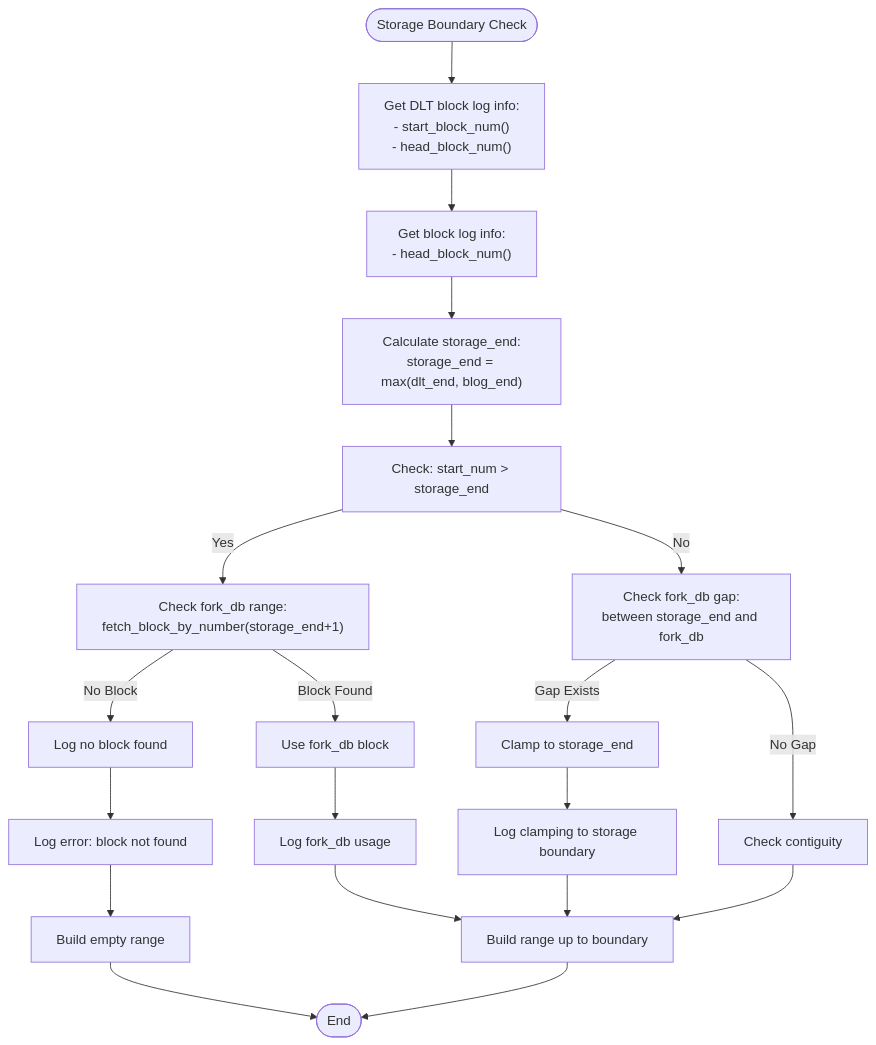
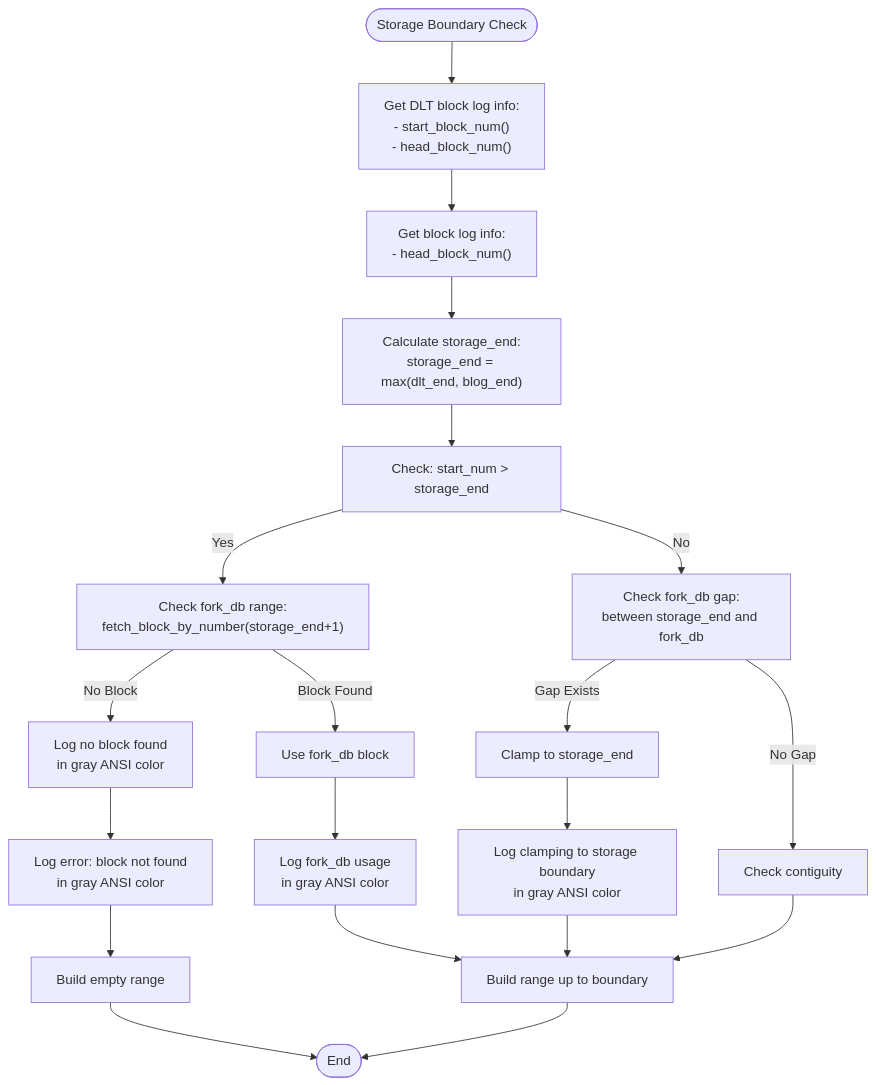
Before and after one commit to VIZ-Blockchain/viz-cpp-node: diagram 16 of 36 in .qoder/repowiki/en/content/P2p Plugin.md, drawn with Mermaid. The commit also changed other lines of this file and 3 other files, not shown here.

````diff
--- a/.qoder/repowiki/en/content/P2p Plugin.md
+++ b/.qoder/repowiki/en/content/P2p Plugin.md
@@ -686,22 +701,22 @@
 ```mermaid
 flowchart TD
 Start([Storage Boundary Check]) --> GetDLTInfo["Get DLT block log info:<br/>- start_block_num()<br/>- head_block_num()"]
 GetDLTInfo --> GetBlogInfo["Get block log info:<br/>- head_block_num()"]
 GetBlogInfo --> CalcStorageEnd["Calculate storage_end:<br/>storage_end = max(dlt_end, blog_end)"]
 CalcStorageEnd --> CheckStartBeyond["Check: start_num > storage_end"]
 CheckStartBeyond --> |Yes| CheckForkDBRange["Check fork_db range:<br/>fetch_block_by_number(storage_end+1)"]
 CheckStartBeyond --> |No| CheckForkDBGap["Check fork_db gap:<br/>between storage_end and fork_db"]
 CheckForkDBRange --> |Block Found| UseForkDB["Use fork_db block"]
-CheckForkDBRange --> |No Block| LogNoBlock["Log no block found"]
+CheckForkDBRange --> |No Block| LogNoBlock["Log no block found<br/>in gray ANSI color"]
 CheckForkDBGap --> |Gap Exists| ClampToStorage["Clamp to storage_end"]
 CheckForkDBGap --> |No Gap| CheckContiguity["Check contiguity"]
-UseForkDB --> LogForkDB["Log fork_db usage"]
-LogNoBlock --> LogError["Log error: block not found"]
-ClampToStorage --> LogClamp["Log clamping to storage boundary"]
+UseForkDB --> LogForkDB["Log fork_db usage<br/>in gray ANSI color"]
+LogNoBlock --> LogError["Log error: block not found<br/>in gray ANSI color"]
+ClampToStorage --> LogClamp["Log clamping to storage boundary<br/>in gray ANSI color"]
 LogForkDB --> BuildRange["Build range up to boundary"]
 LogError --> BuildEmpty["Build empty range"]
 LogClamp --> BuildRange
 CheckContiguity --> BuildRange
 BuildEmpty --> End([End])
 BuildRange --> End
 ```
````
